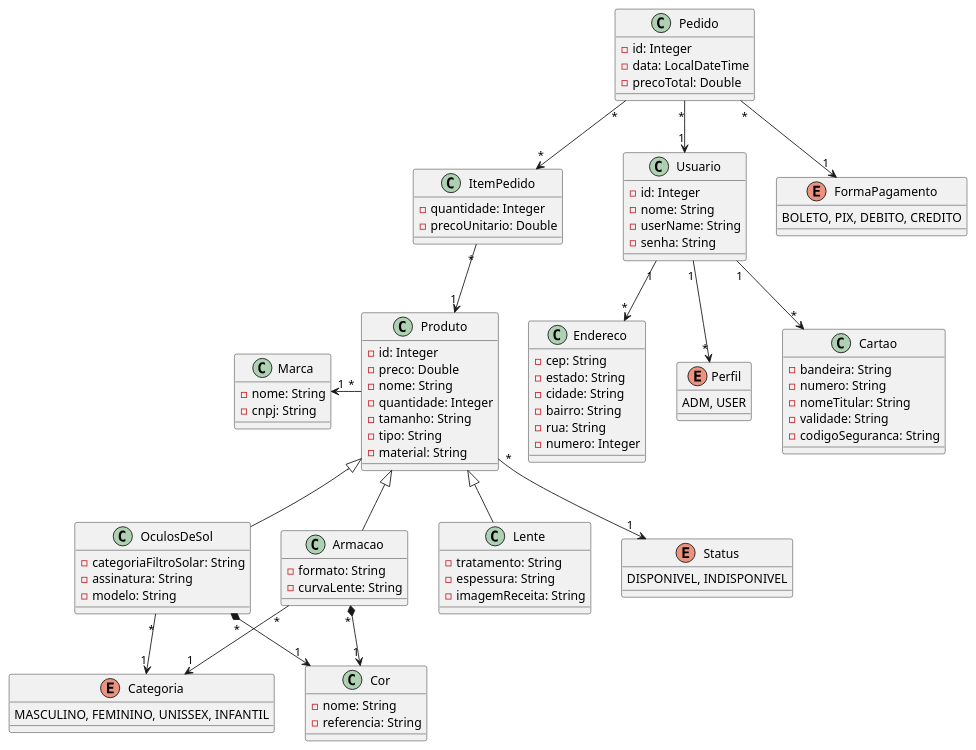
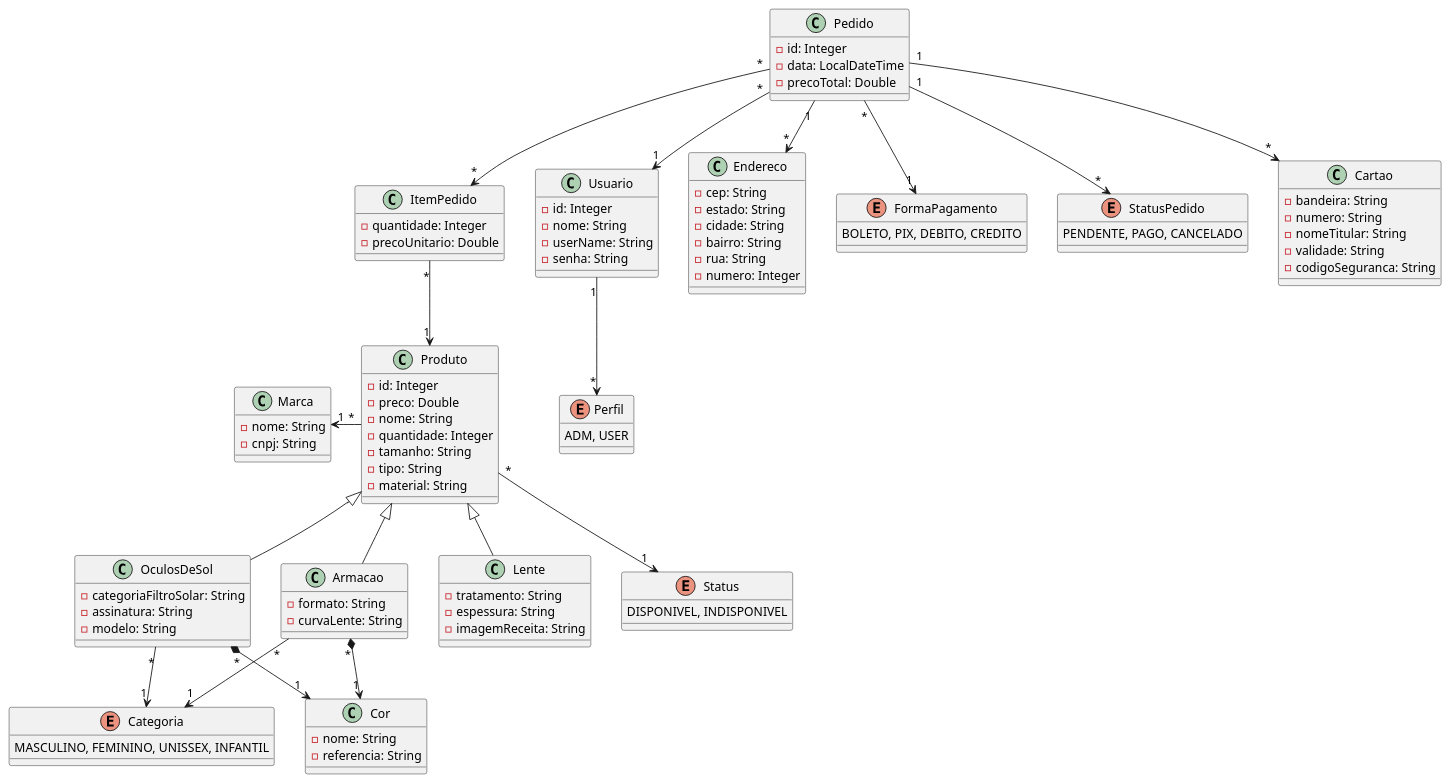
One commit to ja1vctr/TP1-otica-quarkus changed the diagram in uml/otica.puml. Above: the diagram before and after it, drawn with PlantUML. The commit also changed 33 other files, not shown here.

```diff
--- a/uml/otica.puml
+++ b/uml/otica.puml
@@ -1,107 +1,112 @@
 @startuml
 class Produto {
     - id: Integer
     - preco: Double
     - nome: String
     - quantidade: Integer
     - tamanho: String
     - tipo: String
     - material: String
 }
 
 class OculosDeSol extends Produto {
     - categoriaFiltroSolar: String
     - assinatura: String
     - modelo: String
 }
 
 class Armacao extends Produto {
     - formato: String
     - curvaLente: String
 }
 
 class Lente extends Produto{
     - tratamento: String
     - espessura: String
     - imagemReceita: String
 }
 
 class Pedido {
     - id: Integer
     - data: LocalDateTime
     - precoTotal: Double
 }
 
 class ItemPedido {
     - quantidade: Integer
     - precoUnitario: Double
 }
 
 class Usuario {
     - id: Integer
     - nome: String
     - userName: String
     - senha: String
 }
 
 class Endereco {
     - cep: String
     - estado: String
     - cidade: String
     - bairro: String
     - rua: String
     - numero: Integer
 }
 
 enum FormaPagamento {
     BOLETO, PIX, DEBITO, CREDITO
 }
 
 enum Categoria {
     MASCULINO, FEMININO, UNISSEX, INFANTIL
 }
 
+enum StatusPedido {
+    PENDENTE, PAGO, CANCELADO
+}
+
 enum Status {
     DISPONIVEL, INDISPONIVEL
 }
 enum Perfil {
     ADM, USER
 }
 
 class Cartao {
     - bandeira: String
     - numero: String
     - nomeTitular: String
     - validade: String
     - codigoSeguranca: String
 }
 
 class Cor {
     - nome: String
     - referencia: String
 }
 
 Class Marca { 
     - nome: String
     - cnpj: String
 }
 
 Armacao     "*" *--> "1" Cor
 Armacao     "*"  --> "1" Categoria
 
 Produto     "*" -left-> "1"  Marca
 Produto     "*" --> "1"  Status
 
 OculosDeSol "*" *--> "1" Cor
 OculosDeSol "*"  --> "1" Categoria
 
 Pedido      "*" --> "1"  Usuario
 Pedido      "*" --> "*"  ItemPedido
 Pedido      "*" --> "1"  FormaPagamento
+Pedido      "1" --> "*"  Endereco
+Pedido      "1" --> "*"  Cartao
+Pedido      "1" --> "*"  StatusPedido
 
 ItemPedido  "*" --> "1"  Produto
 
-Usuario     "1" --> "*"  Endereco
-Usuario     "1" --> "*"  Cartao
 Usuario     "1" --> "*"  Perfil
 @enduml
```
